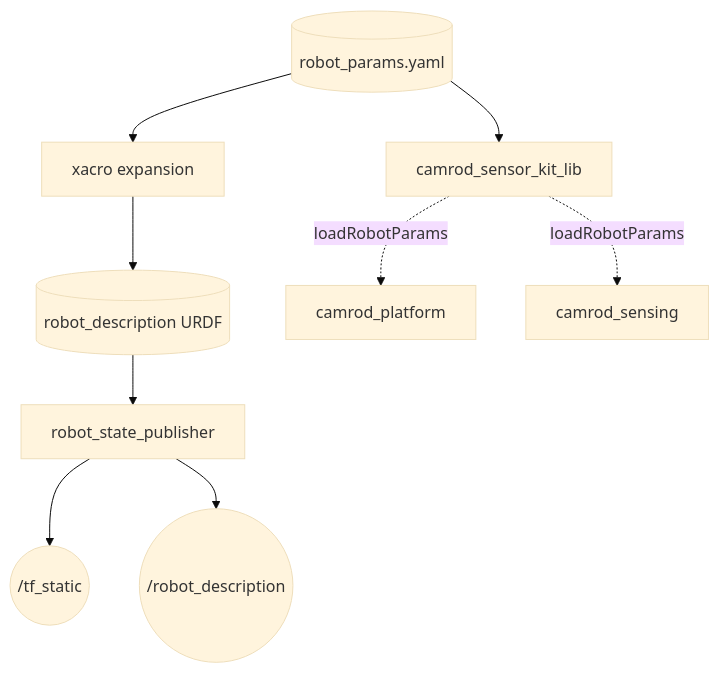
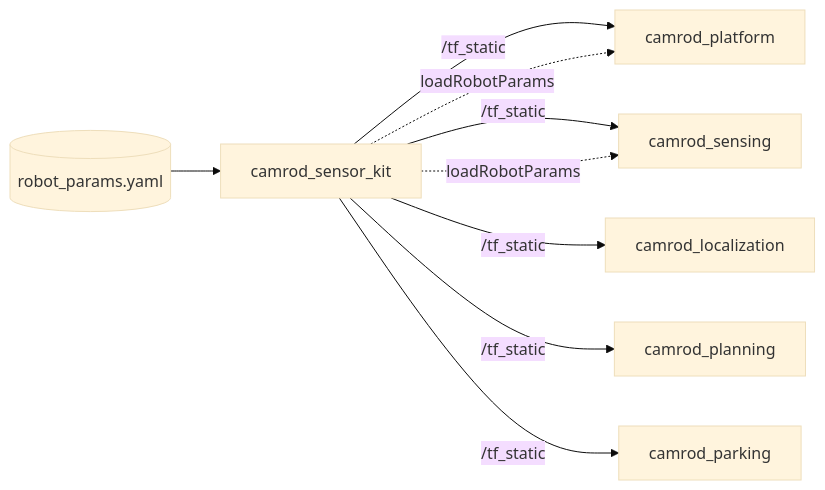
The first of 2 diagrams in camrod_sensor_kit/README.md (hwanhonglee/CAMROD), drawn with Mermaid (base theme) before and after one commit. The commit also changed other lines of this file and 15 other files, not shown here.

First line of the commit message:
docs: full README refactor — 12-section standard, diagrams, interface contracts (v1.10)

````diff
--- a/camrod_sensor_kit/README.md
+++ b/camrod_sensor_kit/README.md
@@ -7,12 +52,12 @@
 ```mermaid
-graph TD
-  YAML[(robot_params.yaml)] --> XACRO[xacro expansion]
-  XACRO --> DESC[(robot_description URDF)]
-  DESC --> RSP[robot_state_publisher]
-  RSP --> TF(("/tf_static"))
-  RSP --> URDF(("/robot_description"))
-
-  YAML --> LIB[camrod_sensor_kit_lib]
-  LIB -. loadRobotParams .-> PLAT[camrod_platform]
-  LIB -. loadRobotParams .-> SENS[camrod_sensing]
+graph LR
+  SKIT[camrod_sensor_kit]
+  SKIT -->|/tf_static| PLAT[camrod_platform]
+  SKIT -->|/tf_static| SENS[camrod_sensing]
+  SKIT -->|/tf_static| LOC[camrod_localization]
+  SKIT -->|/tf_static| PLAN[camrod_planning]
+  SKIT -->|/tf_static| PARK[camrod_parking]
+  SKIT -. loadRobotParams .-> PLAT
+  SKIT -. loadRobotParams .-> SENS
+  YAML[(robot_params.yaml)] --> SKIT
 ```
````
